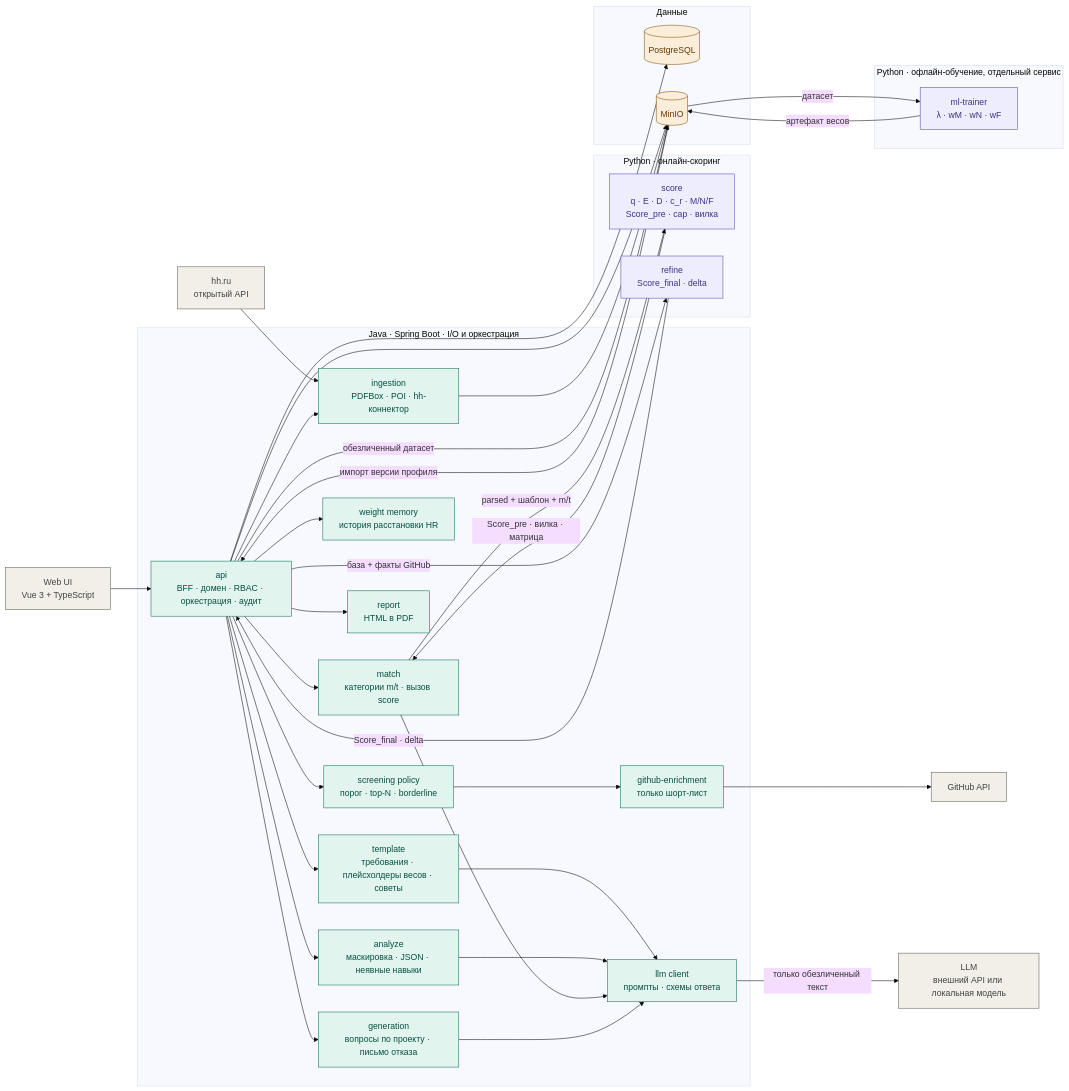
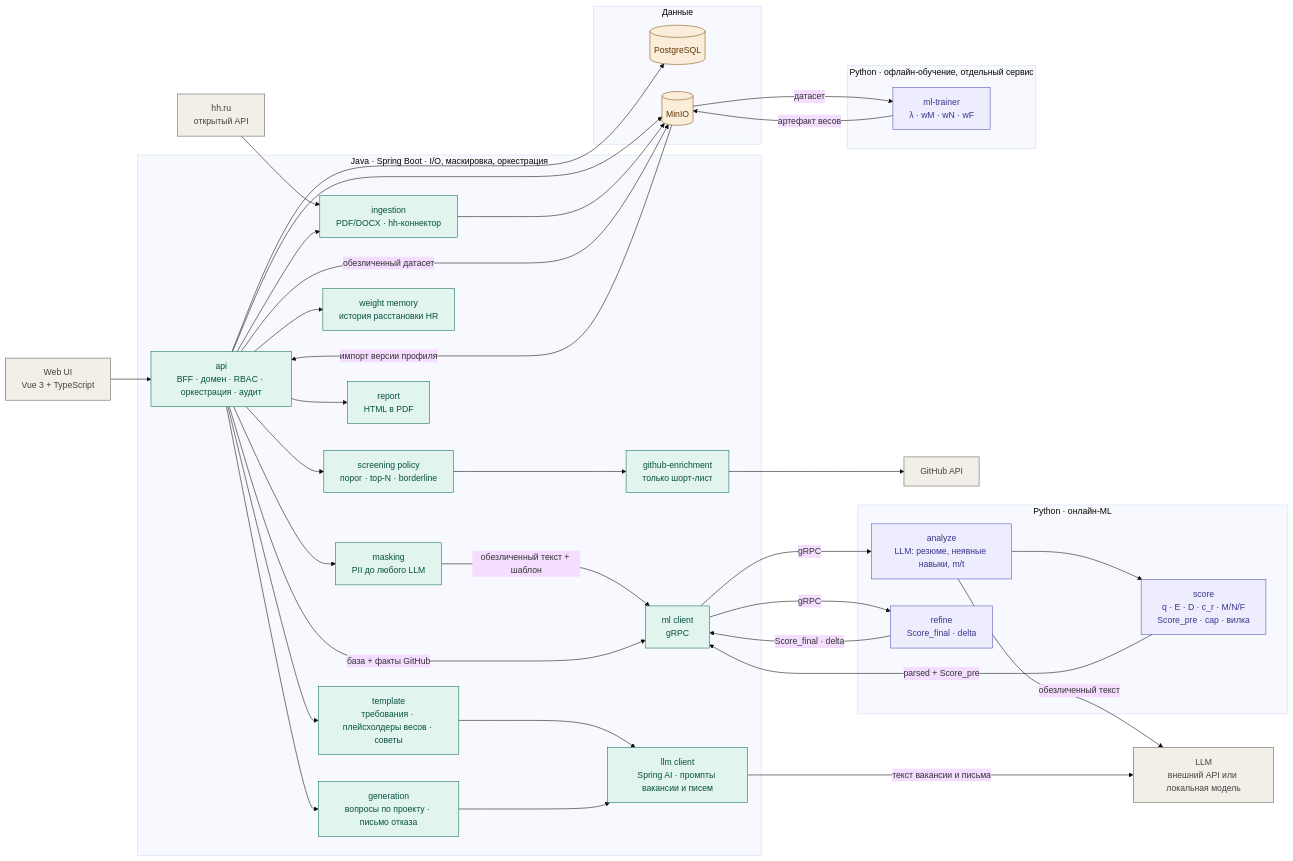
The second of 7 diagrams in README.md (MiZentUi/tracing_ats), drawn with Mermaid (base theme) before and after one commit. The commit also changed other lines of this file and 1 other file, not shown here.

First line of the commit message:
docs(architecture): перенести LLM-разбор резюме в Python-сервис

````diff
--- a/README.md
+++ b/README.md
@@ -164,77 +164,79 @@
 ```mermaid
 flowchart LR
     classDef ext fill:#F1EFE8,stroke:#5F5E5A,color:#444441
     classDef java fill:#E1F5EE,stroke:#0F6E56,color:#085041
     classDef py fill:#EEEDFE,stroke:#534AB7,color:#3C3489
     classDef data fill:#FAEEDA,stroke:#854F0B,color:#633806
 
     WEB["Web UI<br/>Vue 3 + TypeScript"]
     HH["hh.ru<br/>открытый API"]
     GH["GitHub API"]
     LLM["LLM<br/>внешний API или локальная модель"]
 
-    subgraph JAVA["Java · Spring Boot · I/O и оркестрация"]
+    subgraph JAVA["Java · Spring Boot · I/O, маскировка, оркестрация"]
         API["api<br/>BFF · домен · RBAC · оркестрация · аудит"]
-        ING["ingestion<br/>PDFBox · POI · hh-коннектор"]
+        ING["ingestion<br/>PDF/DOCX · hh-коннектор"]
+        MASK["masking<br/>PII до любого LLM"]
         TPL["template<br/>требования · плейсхолдеры весов · советы"]
-        PARSE["analyze<br/>маскировка · JSON · неявные навыки"]
-        MATCH["match<br/>категории m/t · вызов score"]
-        LLMC["llm client<br/>промпты · схемы ответа"]
+        LLMC["llm client<br/>Spring AI · промпты вакансии и писем"]
         GEN["generation<br/>вопросы по проекту · письмо отказа"]
+        ML["ml client<br/>gRPC"]
         WM["weight memory<br/>история расстановки HR"]
         POL["screening policy<br/>порог · top-N · borderline"]
         GHE["github-enrichment<br/>только шорт-лист"]
         REP["report<br/>HTML в PDF"]
     end
 
-    subgraph PY["Python · онлайн-скоринг"]
+    subgraph PY["Python · онлайн-ML"]
+        ANALYZE["analyze<br/>LLM: резюме, неявные навыки, m/t"]
         SCORE["score<br/>q · E · D · c_r · M/N/F<br/>Score_pre · cap · вилка"]
         REFINE["refine<br/>Score_final · delta"]
     end
 
     subgraph TRAIN["Python · офлайн-обучение, отдельный сервис"]
         TR["ml-trainer<br/>λ · wM · wN · wF"]
     end
 
     subgraph DATA["Данные"]
         PG[("PostgreSQL")]
         S3[("MinIO")]
     end
 
     WEB --> API
     HH --> ING
     API --> ING
+    API --> MASK
     API --> TPL
-    API --> PARSE
-    API --> MATCH
     API --> GEN
     API --> WM
     API --> POL
     POL --> GHE
     GHE --> GH
     API --> REP
     API --> PG
     API --> S3
     ING --> S3
 
     TPL --> LLMC
-    PARSE --> LLMC
-    MATCH --> LLMC
     GEN --> LLMC
-    LLMC -->|"только обезличенный текст"| LLM
+    LLMC -->|"текст вакансии и письма"| LLM
 
-    MATCH -->|"parsed + шаблон + m/t"| SCORE
-    SCORE -->|"Score_pre · вилка · матрица"| MATCH
-    API -->|"база + факты GitHub"| REFINE
-    REFINE -->|"Score_final · delta"| API
+    MASK -->|"обезличенный текст + шаблон"| ML
+    API -->|"база + факты GitHub"| ML
+    ML -->|"gRPC"| ANALYZE
+    ML -->|"gRPC"| REFINE
+    ANALYZE -->|"обезличенный текст"| LLM
+    ANALYZE --> SCORE
+    SCORE -->|"parsed + Score_pre"| ML
+    REFINE -->|"Score_final · delta"| ML
 
     API -->|"обезличенный датасет"| S3
     S3 -->|"датасет"| TR
     TR -->|"артефакт весов"| S3
     S3 -->|"импорт версии профиля"| API
 
     class WEB,HH,GH,LLM ext
-    class API,ING,TPL,PARSE,MATCH,LLMC,GEN,WM,POL,GHE,REP java
-    class SCORE,REFINE,TR py
+    class API,ING,MASK,TPL,LLMC,GEN,ML,WM,POL,GHE,REP java
+    class ANALYZE,SCORE,REFINE,TR py
     class PG,S3 data
 ```
````
